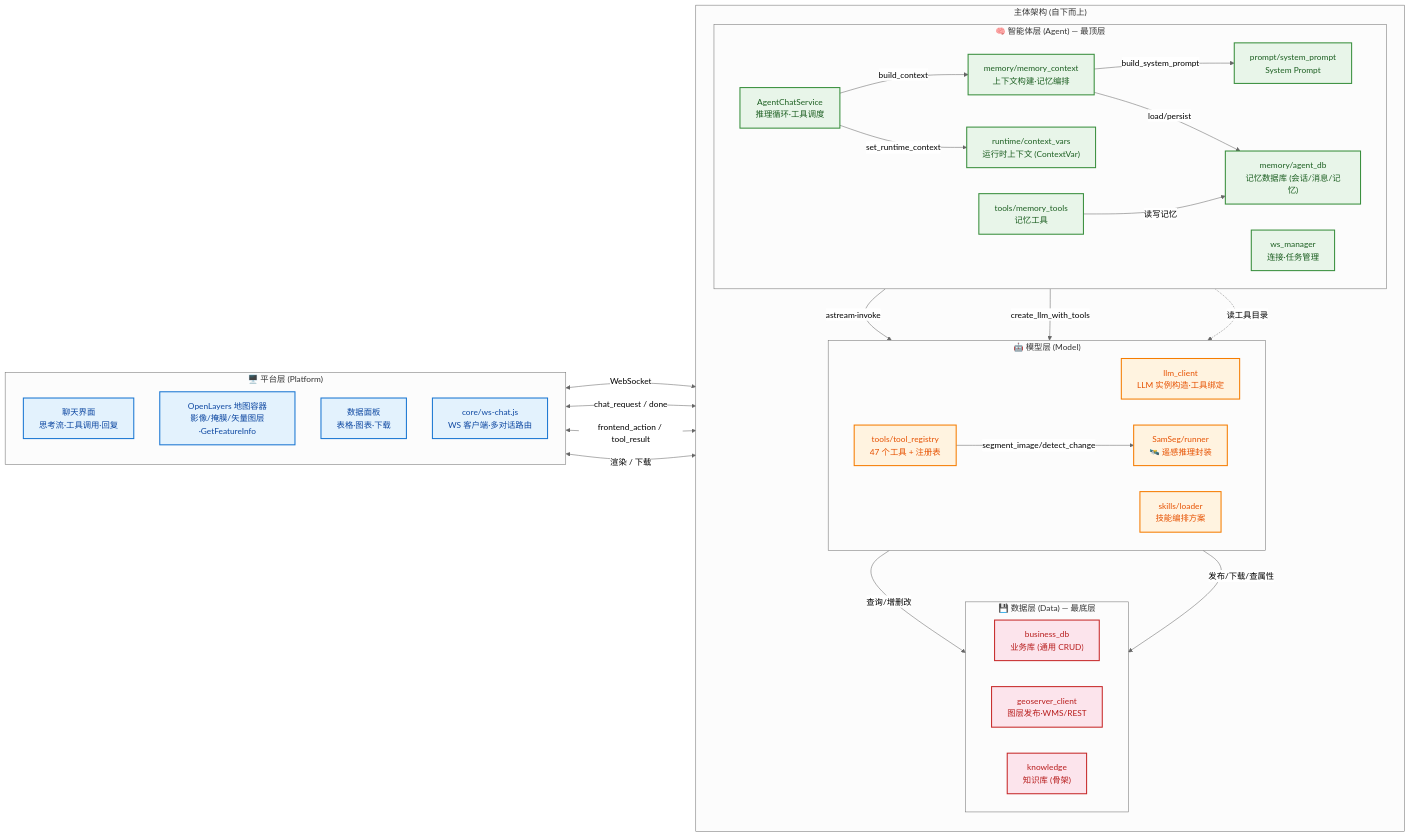
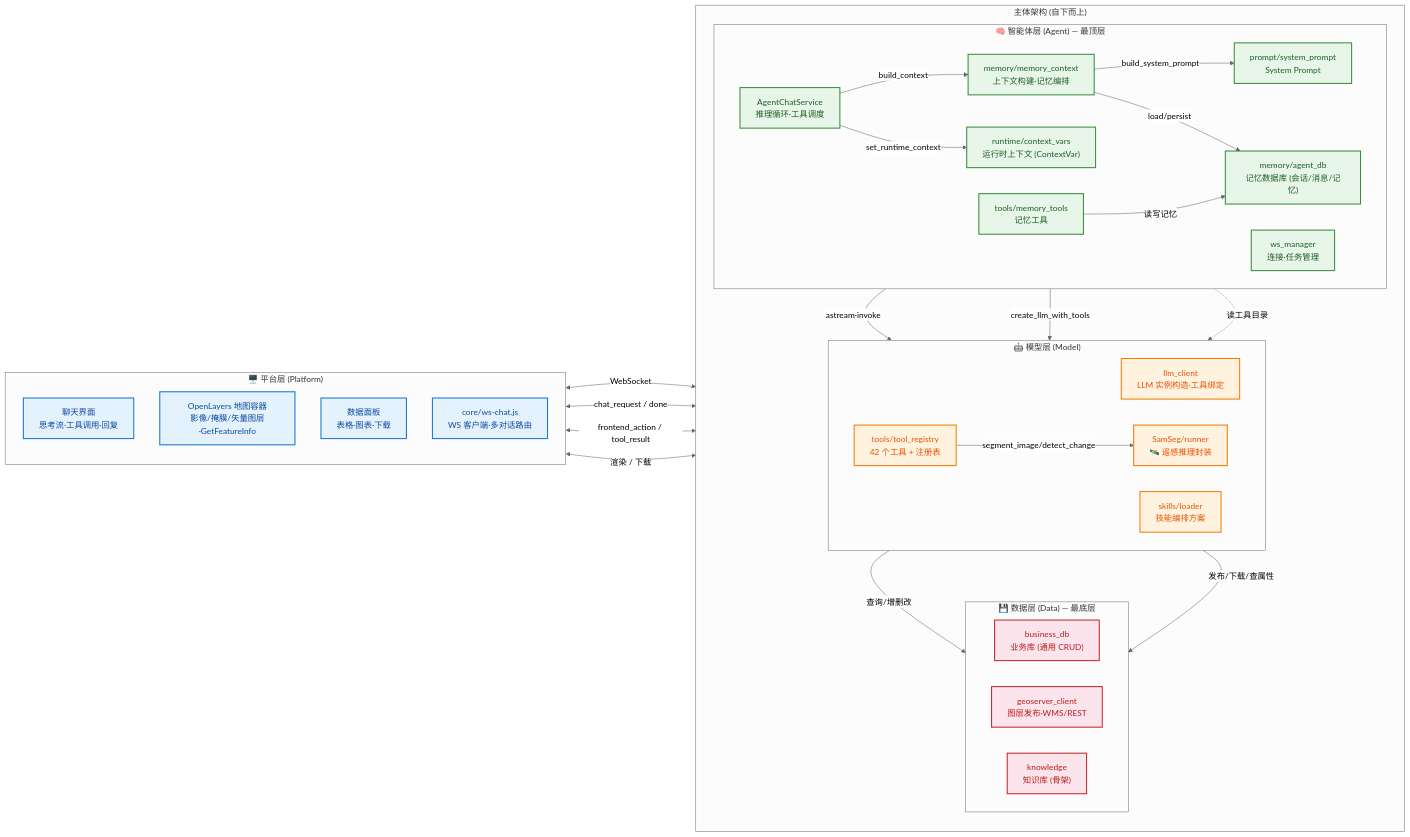
One commit to qianxiR/Agent-RSCD changed the diagram in docs/architecture.md. Above: the diagram before and after it, drawn with Mermaid (neutral theme). The commit also changed other lines of this file and 209 other files, not shown here.

````diff
--- a/docs/architecture.md
+++ b/docs/architecture.md
@@ -62,78 +155,78 @@
 ```mermaid
 graph LR
     %% ========== 主体: 自下而上 数据 → 模型 → 智能体 ==========
     subgraph MAIN["主体架构 (自下而上)"]
         direction TB
 
         subgraph AGENT["🧠 智能体层 (Agent) — 最顶层"]
             direction LR
             SERVICE["AgentChatService<br/>推理循环·工具调度"]
             WS["ws_manager<br/>连接·任务管理"]
             MEMORY["memory/memory_context<br/>上下文构建·记忆编排"]
             AGENTDB["memory/agent_db<br/>记忆数据库 (会话/消息/记忆)"]
             PROMPT["prompt/system_prompt<br/>System Prompt"]
             RUNTIME["runtime/context_vars<br/>运行时上下文 (ContextVar)"]
             MEMTOOLS["tools/memory_tools<br/>记忆工具"]
         end
 
         subgraph MODEL["🤖 模型层 (Model)"]
             direction LR
             LLM_CLIENT["llm_client<br/>LLM 实例构造·工具绑定"]
-            TOOLREG["tools/tool_registry<br/>47 个工具 + 注册表"]
+            TOOLREG["tools/tool_registry<br/>42 个工具 + 注册表"]
             SAMSEG["SamSeg/runner<br/>🛰️ 遥感推理封装"]
             SKILLS["skills/loader<br/>技能编排方案"]
         end
 
         subgraph DATA["💾 数据层 (Data) — 最底层"]
             direction LR
             BIZ["business_db<br/>业务库 (通用 CRUD)"]
             GEOSERVER["geoserver_client<br/>图层发布·WMS/REST"]
             KNOWLEDGE["knowledge<br/>知识库 (骨架)"]
         end
     end
 
     %% ========== 平台层 (右侧) ==========
     subgraph PLATFORM["🖥️ 平台层 (Platform)"]
         direction TB
         UI["聊天界面<br/>思考流·工具调用·回复"]
         MAP["OpenLayers 地图容器<br/>影像/掩膜/矢量图层·GetFeatureInfo"]
         DATAPANEL["数据面板<br/>表格·图表·下载"]
         WSCHAT["core/ws-chat.js<br/>WS 客户端·多对话路由"]
     end
 
     %% ========== 智能体层内部 ==========
     SERVICE -->|"build_context"| MEMORY
     SERVICE -->|"astream·invoke"| TOOLREG
     SERVICE -->|"set_runtime_context"| RUNTIME
 
     %% ========== 智能体 → 模型 ==========
     SERVICE -->|"create_llm_with_tools"| LLM_CLIENT
     MEMORY -->|"build_system_prompt"| PROMPT
     PROMPT -.->|"读工具目录"| TOOLREG
 
     %% ========== 智能体 → 记忆数据库 ==========
     MEMORY -->|"load/persist"| AGENTDB
     MEMTOOLS -->|"读写记忆"| AGENTDB
 
     %% ========== 模型工具 → 数据 ==========
     TOOLREG -->|"查询/增删改"| BIZ
     TOOLREG -->|"发布/下载/查属性"| GEOSERVER
     TOOLREG -->|"segment_image/detect_change"| SAMSEG
 
     %% ========== 平台层 ↔ 智能体层 ==========
     WSCHAT <-->|"WebSocket"| WS
     UI <-->|"chat_request / done"| SERVICE
     MAP <-->|"frontend_action / tool_result"| SERVICE
     DATAPANEL <-->|"渲染 / 下载"| SERVICE
 
     %% ========== 样式 ==========
     classDef agentLayer fill:#e8f5e9,stroke:#388e3c,stroke-width:2px,color:#1b5e20
     classDef modelLayer fill:#fff3e0,stroke:#f57c00,stroke-width:2px,color:#e65100
     classDef dataLayer fill:#fce4ec,stroke:#c62828,stroke-width:2px,color:#b71c1c
     classDef platformLayer fill:#e3f2fd,stroke:#1976d2,stroke-width:2px,color:#0d47a1
 
     class SERVICE,WS,MEMORY,AGENTDB,PROMPT,RUNTIME,MEMTOOLS agentLayer
     class LLM_CLIENT,TOOLREG,SAMSEG,SKILLS modelLayer
     class BIZ,GEOSERVER,KNOWLEDGE dataLayer
     class UI,MAP,DATAPANEL,WSCHAT platformLayer
 ```
````
